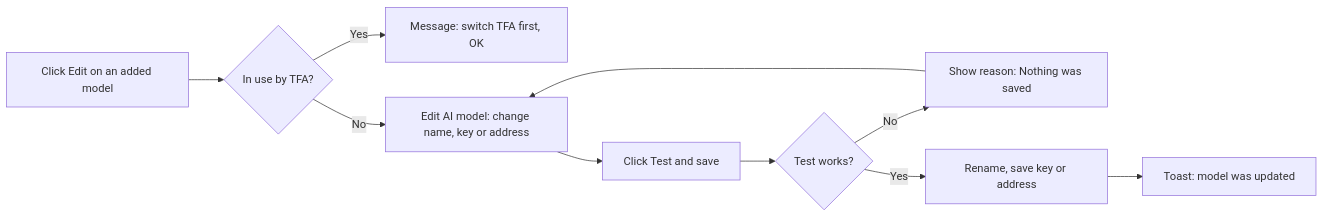
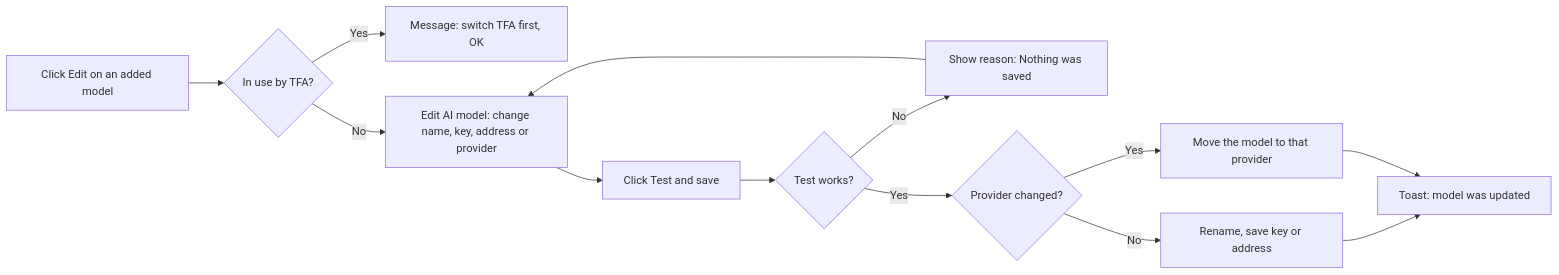
One commit to jojogeorge3344/TaskFlow-Project changed the fifth of 6 diagrams in TF - Documents/TFWorkflow/App WF in MD/08-Settings/08.4-TFA-Settings.md. Above: the diagram before and after it, drawn with Mermaid. The commit also changed other lines of this file and 8 other files, not shown here.

````diff
--- a/TF - Documents/TFWorkflow/App WF in MD/08-Settings/08.4-TFA-Settings.md
+++ b/TF - Documents/TFWorkflow/App WF in MD/08-Settings/08.4-TFA-Settings.md
@@ -255,10 +278,12 @@
 ```mermaid
 flowchart LR
   A["Click Edit on an added model"] --> B{"In use by TFA?"}
   B -- Yes --> C["Message: switch TFA first, OK"]
-  B -- No --> D["Edit AI model: change name, key or address"]
+  B -- No --> D["Edit AI model: change name, key, address or provider"]
   D --> E["Click Test and save"]
   E --> F{"Test works?"}
   F -- No --> G["Show reason: Nothing was saved"] --> D
-  F -- Yes --> H["Rename, save key or address"] --> I["Toast: model was updated"]
+  F -- Yes --> J{"Provider changed?"}
+  J -- No --> H["Rename, save key or address"] --> I["Toast: model was updated"]
+  J -- Yes --> K["Move the model to that provider"] --> I
 ```
````
